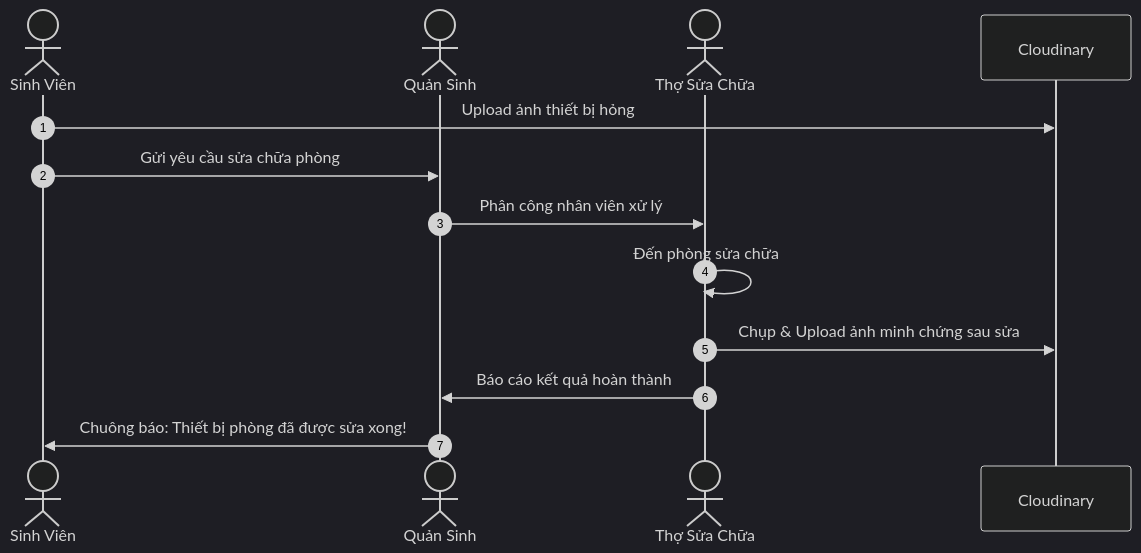
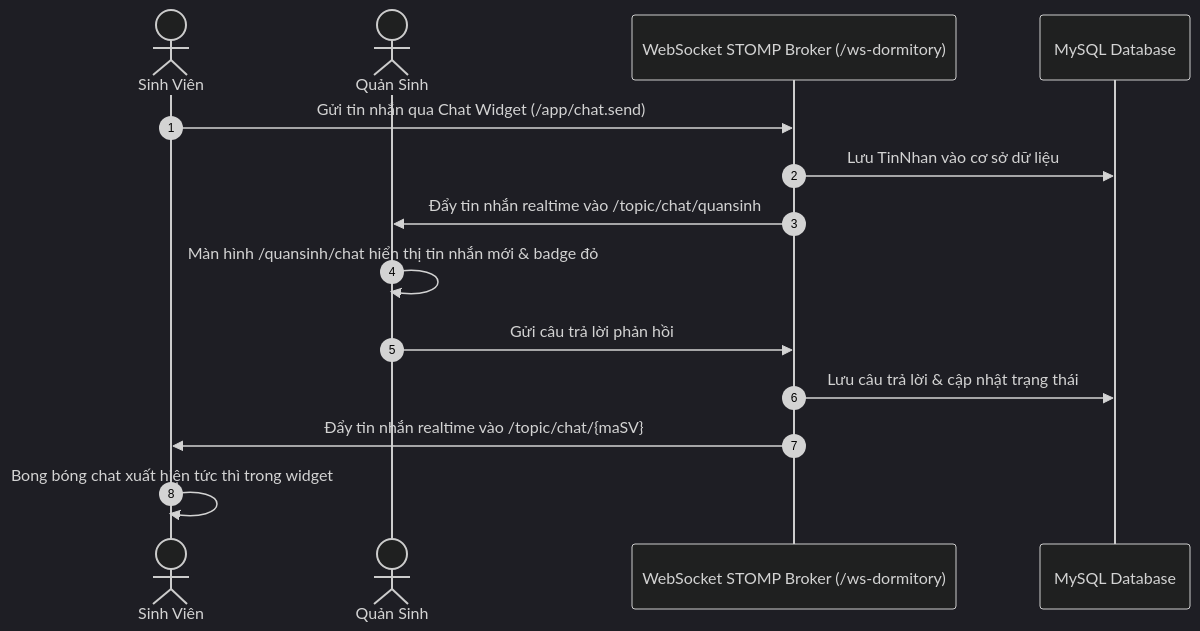
One commit to duyquang2204/dormitory-management changed the second of 3 diagrams in README.md. Above: the diagram before and after it, drawn with Mermaid (dark theme). The commit also changed other lines of this file and 103 other files, not shown here.

First line of the commit message:
feat: Hoàn thiện hệ thống KTX số - Bổ sung Nộp đơn Online, OTP Email, Live Chat và Xuất PDF

````diff
--- a/README.md
+++ b/README.md
@@ -159,16 +249,17 @@
 ```mermaid
 sequenceDiagram
     autonumber
     actor SV as Sinh Viên
     actor QS as Quản Sinh
-    actor NV as Thợ Sửa Chữa
-    participant CLD as Cloudinary
+    participant WS as WebSocket STOMP Broker (/ws-dormitory)
+    participant DB as MySQL Database
     
-    SV->>CLD: Upload ảnh thiết bị hỏng
-    SV->>QS: Gửi yêu cầu sửa chữa phòng
-    QS->>NV: Phân công nhân viên xử lý
-    NV->>NV: Đến phòng sửa chữa
-    NV->>CLD: Chụp & Upload ảnh minh chứng sau sửa
-    NV->>QS: Báo cáo kết quả hoàn thành
-    QS->>SV: Chuông báo: Thiết bị phòng đã được sửa xong!
+    SV->>WS: Gửi tin nhắn qua Chat Widget (/app/chat.send)
+    WS->>DB: Lưu TinNhan vào cơ sở dữ liệu
+    WS->>QS: Đẩy tin nhắn realtime vào /topic/chat/quansinh
+    QS->>QS: Màn hình /quansinh/chat hiển thị tin nhắn mới & badge đỏ
+    QS->>WS: Gửi câu trả lời phản hồi
+    WS->>DB: Lưu câu trả lời & cập nhật trạng thái
+    WS->>SV: Đẩy tin nhắn realtime vào /topic/chat/{maSV}
+    SV->>SV: Bong bóng chat xuất hiện tức thì trong widget
 ```
````
